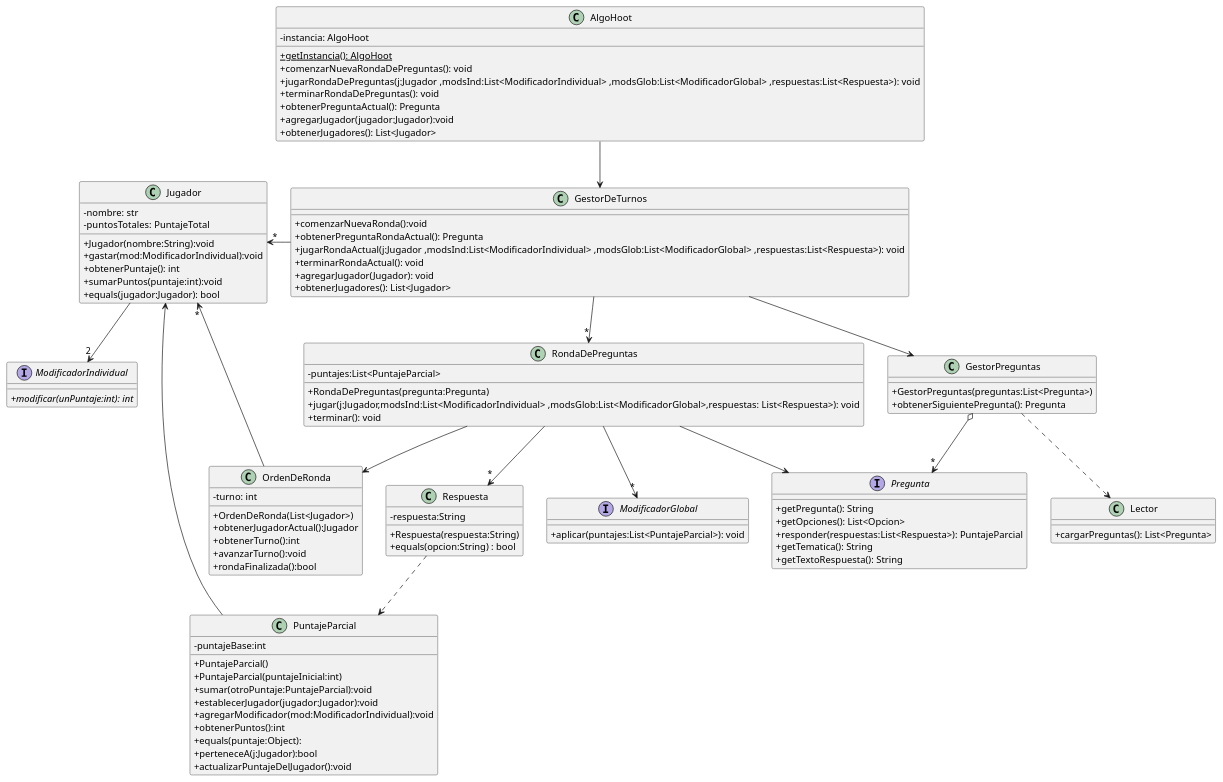
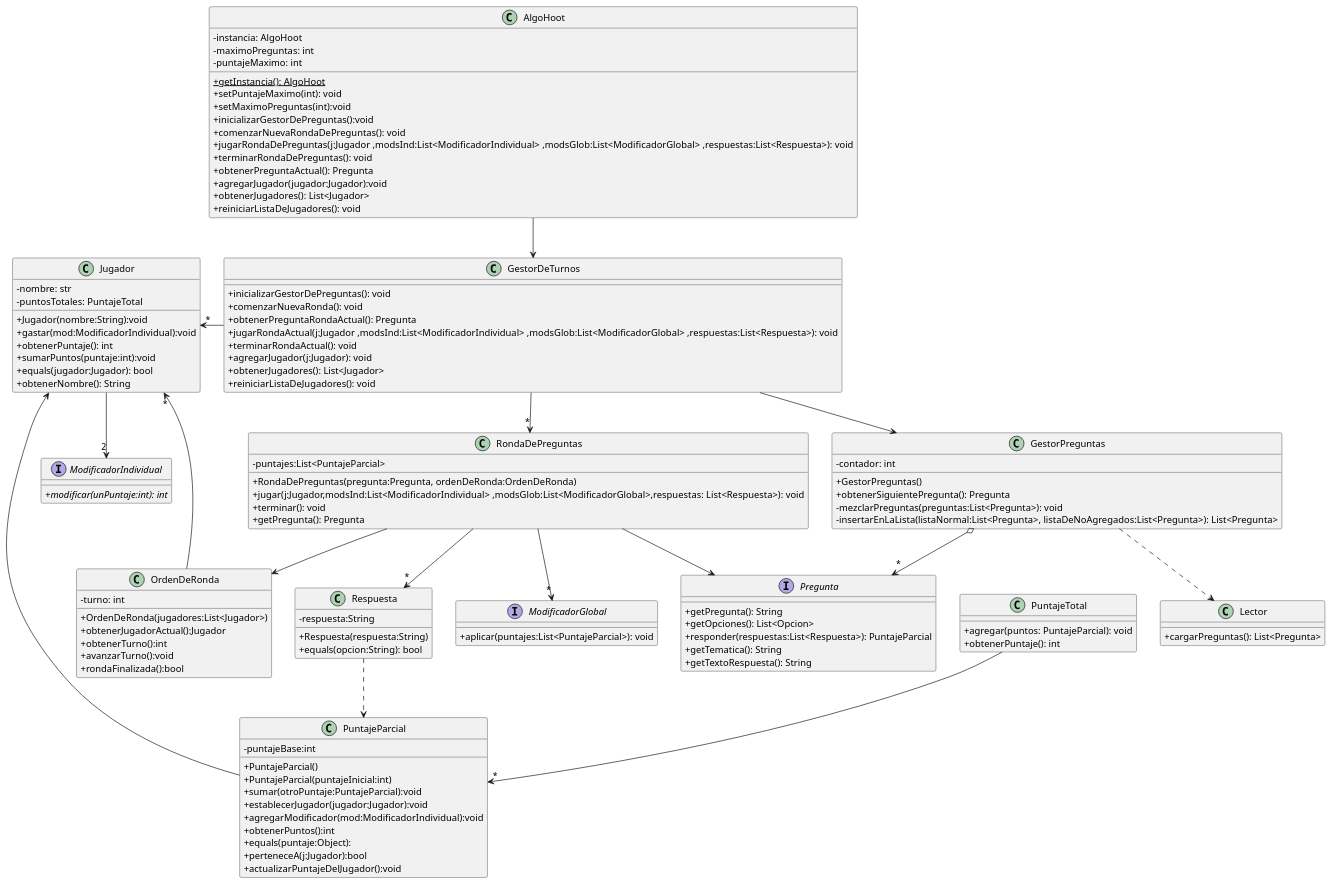
One commit to fiuba/algo3_proyecto_base_tp2 changed the diagram in diagrams/classes/entrega0/clases2.plantuml. Above: the diagram before and after it, drawn with PlantUML. The commit also changed 1 other file, not shown here.

Commit message:
Actualizacion del diagrama de clases

```diff
--- a/diagrams/classes/entrega0/clases2.plantuml
+++ b/diagrams/classes/entrega0/clases2.plantuml
@@ -1,117 +1,138 @@
 @startuml clasesGenerales
 
 skinparam monochrome false
 /'skinparam monochrome true'/
 /'hide circle '/
 skinparam classAttributeIconSize 0
 
 interface Pregunta {
     + getPregunta(): String
     + getOpciones(): List<Opcion>
     + responder(respuestas:List<Respuesta>): PuntajeParcial
     + getTematica(): String
     + getTextoRespuesta(): String
 }
 
 class GestorDeTurnos {
-    +comenzarNuevaRonda():void
-    +obtenerPreguntaRondaActual(): Pregunta
-    +jugarRondaActual(j:Jugador ,modsInd:List<ModificadorIndividual> ,modsGlob:List<ModificadorGlobal> ,respuestas:List<Respuesta>): void
-    +terminarRondaActual(): void
-    +agregarJugador(Jugador): void
-    +obtenerJugadores(): List<Jugador>
+    + inicializarGestorDePreguntas(): void
+    + comenzarNuevaRonda(): void
+    + obtenerPreguntaRondaActual(): Pregunta
+    + jugarRondaActual(j:Jugador ,modsInd:List<ModificadorIndividual> ,modsGlob:List<ModificadorGlobal> ,respuestas:List<Respuesta>): void
+    + terminarRondaActual(): void
+    + agregarJugador(j:Jugador): void
+    + obtenerJugadores(): List<Jugador>
+    + reiniciarListaDeJugadores(): void
 }
 
 class RondaDePreguntas {
     - puntajes:List<PuntajeParcial>
-    + RondaDePreguntas(pregunta:Pregunta)
+    + RondaDePreguntas(pregunta:Pregunta, ordenDeRonda:OrdenDeRonda)
     + jugar(j:Jugador,modsInd:List<ModificadorIndividual> ,modsGlob:List<ModificadorGlobal>,respuestas: List<Respuesta>): void
     + terminar(): void
+    + getPregunta(): Pregunta
 }
 
 class OrdenDeRonda {
     - turno: int
-    + OrdenDeRonda(List<Jugador>)
+    + OrdenDeRonda(jugadores:List<Jugador>)
     + obtenerJugadorActual():Jugador
     + obtenerTurno():int
     + avanzarTurno():void
     + rondaFinalizada():bool
 
 }
 
 class GestorPreguntas {
-    +GestorPreguntas(preguntas:List<Pregunta>)
-    +obtenerSiguientePregunta(): Pregunta
+    - contador: int
+    + GestorPreguntas()
+    + obtenerSiguientePregunta(): Pregunta
+    - mezclarPreguntas(preguntas:List<Pregunta>): void
+    - insertarEnLaLista(listaNormal:List<Pregunta>, listaDeNoAgregados:List<Pregunta>): List<Pregunta>
 }
 
 class Jugador {
     - nombre: str
     - puntosTotales: PuntajeTotal
     + Jugador(nombre:String):void
     + gastar(mod:ModificadorIndividual):void
     + obtenerPuntaje(): int
     + sumarPuntos(puntaje:int):void
     + equals(jugador:Jugador): bool
+    + obtenerNombre(): String
 }
 
 class Respuesta {
     - respuesta:String
     + Respuesta(respuesta:String)
-    + equals(opcion:String) : bool
+    + equals(opcion:String): bool
 }
 
 class AlgoHoot {
     - instancia: AlgoHoot
+    - maximoPreguntas: int
+    - puntajeMaximo: int
     + {static}getInstancia(): AlgoHoot
+    + setPuntajeMaximo(int): void
+    + setMaximoPreguntas(int):void
+    + inicializarGestorDePreguntas():void
     + comenzarNuevaRondaDePreguntas(): void
     + jugarRondaDePreguntas(j:Jugador ,modsInd:List<ModificadorIndividual> ,modsGlob:List<ModificadorGlobal> ,respuestas:List<Respuesta>): void
     + terminarRondaDePreguntas(): void
     + obtenerPreguntaActual(): Pregunta
     + agregarJugador(jugador:Jugador):void
     + obtenerJugadores(): List<Jugador>
+    + reiniciarListaDeJugadores(): void
 }
 
 class Lector{
     +cargarPreguntas(): List<Pregunta>
 }
 
 interface ModificadorIndividual{
     + {abstract} modificar(unPuntaje:int): int
 }
 
 interface ModificadorGlobal{
     +aplicar(puntajes:List<PuntajeParcial>): void
 }
 
 class PuntajeParcial{
     -puntajeBase:int
     +PuntajeParcial()
     +PuntajeParcial(puntajeInicial:int)
     +sumar(otroPuntaje:PuntajeParcial):void
     +establecerJugador(jugador:Jugador):void
     +agregarModificador(mod:ModificadorIndividual):void
     +obtenerPuntos():int
     +equals(puntaje:Object):
     +perteneceA(j:Jugador):bool
     +actualizarPuntajeDelJugador():void
 }
 
+class PuntajeTotal {
+    + agregar(puntos: PuntajeParcial): void
+    + obtenerPuntaje(): int
+
+}
+
 
 GestorDeTurnos -down-> GestorPreguntas
 GestorDeTurnos -down-> "*" RondaDePreguntas
 GestorPreguntas o-->"*" Pregunta
 GestorPreguntas ..> Lector
 RondaDePreguntas --> Pregunta
 RondaDePreguntas --> "*" Respuesta
 RondaDePreguntas --> OrdenDeRonda
 OrdenDeRonda --> "*" Jugador
 AlgoHoot --> GestorDeTurnos
 GestorDeTurnos -left->"*" Jugador
 PuntajeParcial --> Jugador
 Respuesta ..> PuntajeParcial
 
+PuntajeTotal --> "*" PuntajeParcial
+
 Jugador --> "2" ModificadorIndividual
 RondaDePreguntas -->"*" ModificadorGlobal
 
 
 @enduml
```
